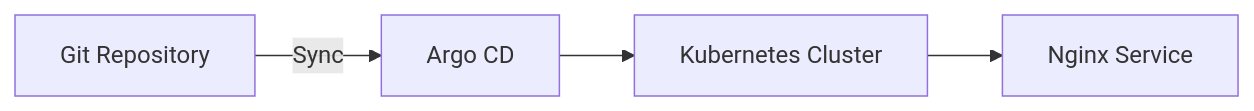
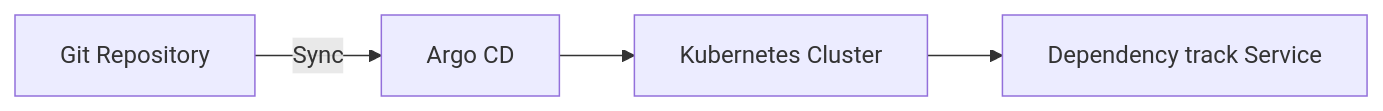
One commit to JoesphK/SampleArgoCDproject changed the diagram in README.md. Above: the diagram before and after it, drawn with Mermaid. The commit also changed other lines of this file, not shown here.

````diff
--- a/README.md
+++ b/README.md
@@ -66,6 +57,6 @@
 ```mermaid
 flowchart LR
     A[Git Repository] -->|Sync| B[Argo CD]
     B --> C[Kubernetes Cluster]
-    C --> D[Nginx Service]
+    C --> D[Dependency track Service]
 ```
````
